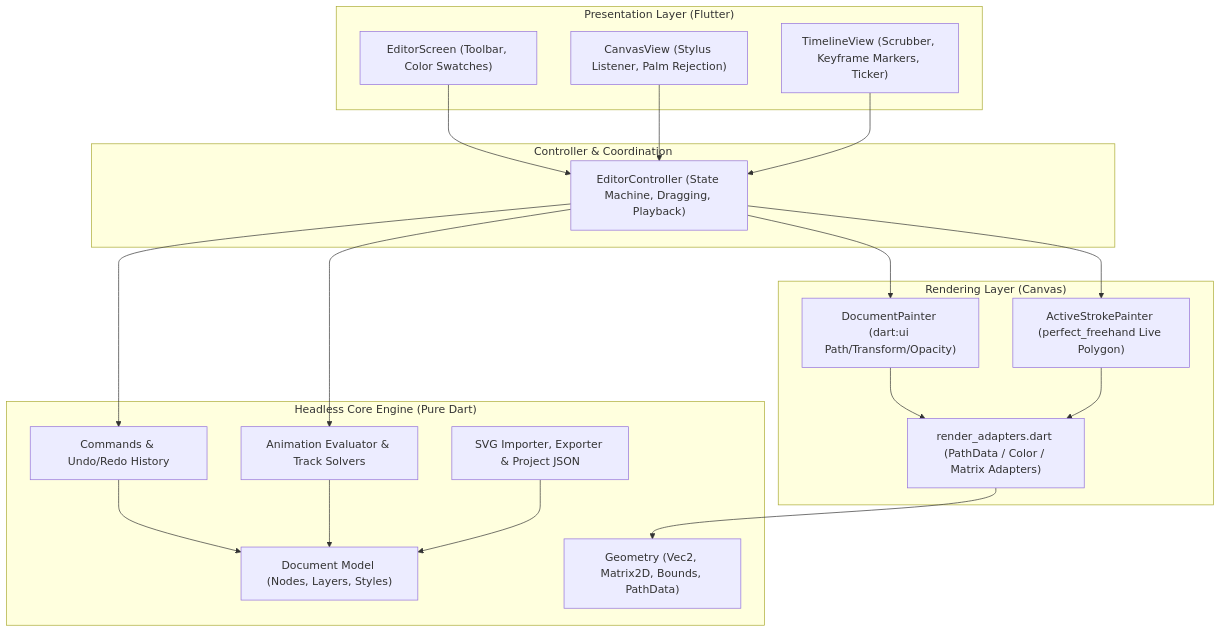
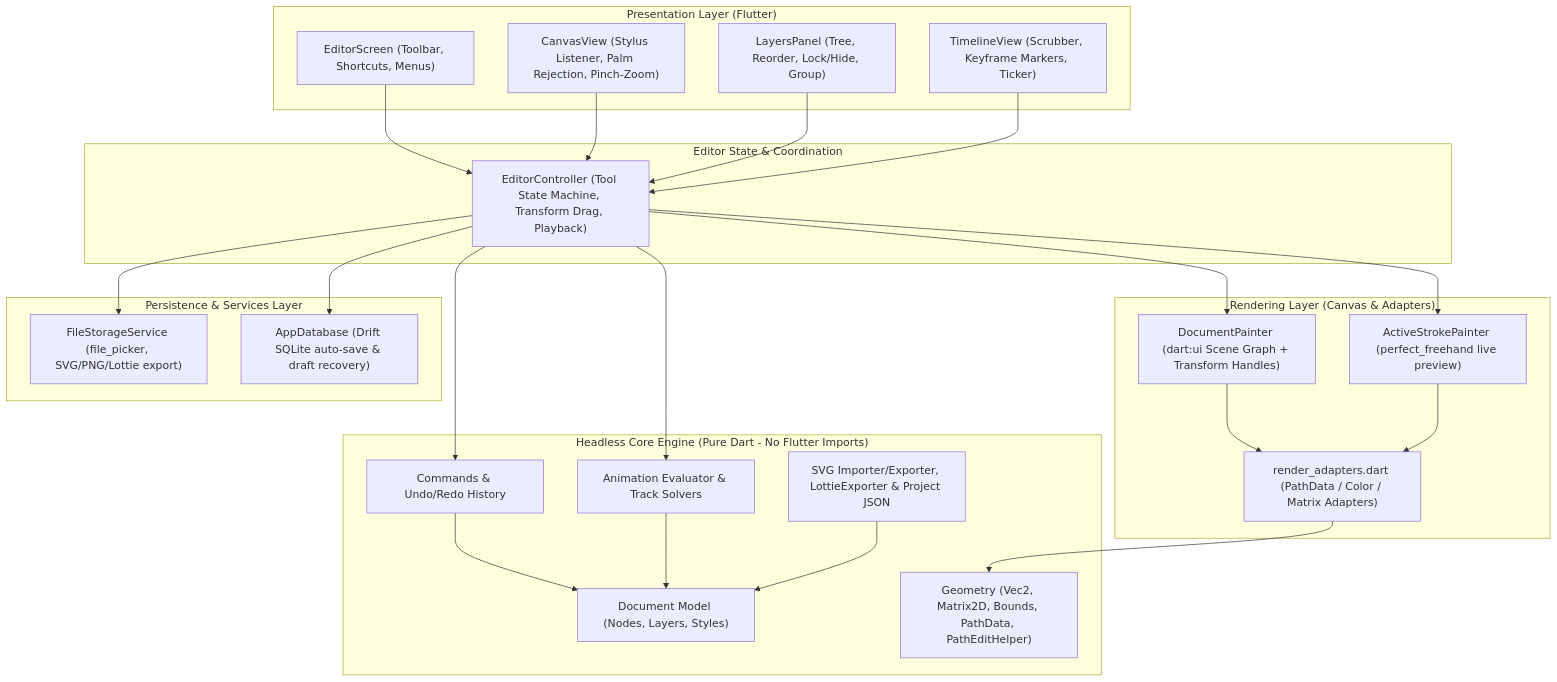
Before and after one commit to Rinav01/svg_builder: the diagram in README.md, drawn with Mermaid. The commit also changed other lines of this file and 19 other files, not shown here.

Commit message:
feat: add local-first sqlite auto-save, bezier node editing, and lottie export

````diff
--- a/README.md
+++ b/README.md
@@ -37,43 +55,52 @@
 ```mermaid
 flowchart TD
     subgraph UI ["Presentation Layer (Flutter)"]
-        SCREEN["EditorScreen (Toolbar, Color Swatches)"]
-        CANVAS["CanvasView (Stylus Listener, Palm Rejection)"]
+        SCREEN["EditorScreen (Toolbar, Shortcuts, Menus)"]
+        CANVAS["CanvasView (Stylus Listener, Palm Rejection, Pinch-Zoom)"]
+        LAYERS["LayersPanel (Tree, Reorder, Lock/Hide, Group)"]
         TIMELINE["TimelineView (Scrubber, Keyframe Markers, Ticker)"]
     end
 
-    subgraph State ["Controller & Coordination"]
-        CTRL["EditorController (State Machine, Dragging, Playback)"]
+    subgraph State ["Editor State & Coordination"]
+        CTRL["EditorController (Tool State Machine, Transform Drag, Playback)"]
     end
 
-    subgraph Render ["Rendering Layer (Canvas)"]
-        DPAINTER["DocumentPainter (dart:ui Path/Transform/Opacity)"]
-        SPAINER["ActiveStrokePainter (perfect_freehand Live Polygon)"]
+    subgraph Render ["Rendering Layer (Canvas & Adapters)"]
+        DPAINTER["DocumentPainter (dart:ui Scene Graph + Transform Handles)"]
+        SPAINER["ActiveStrokePainter (perfect_freehand live preview)"]
         ADAPT["render_adapters.dart (PathData / Color / Matrix Adapters)"]
     end
 
-    subgraph Core ["Headless Core Engine (Pure Dart)"]
+    subgraph Core ["Headless Core Engine (Pure Dart - No Flutter Imports)"]
         DOC["Document Model (Nodes, Layers, Styles)"]
         CMD["Commands & Undo/Redo History"]
         ANIM["Animation Evaluator & Track Solvers"]
-        GEO["Geometry (Vec2, Matrix2D, Bounds, PathData)"]
-        IO["SVG Importer, Exporter & Project JSON"]
+        GEO["Geometry (Vec2, Matrix2D, Bounds, PathData, PathEditHelper)"]
+        IO["SVG Importer/Exporter, LottieExporter & Project JSON"]
+    end
+
+    subgraph Storage ["Persistence & Services Layer"]
+        FILES["FileStorageService (file_picker, SVG/PNG/Lottie export)"]
+        DB["AppDatabase (Drift SQLite auto-save & draft recovery)"]
     end
 
     SCREEN --> CTRL
     CANVAS --> CTRL
+    LAYERS --> CTRL
     TIMELINE --> CTRL
 
     CTRL --> CMD
     CTRL --> ANIM
     CTRL --> DPAINTER
     CTRL --> SPAINER
+    CTRL --> FILES
+    CTRL --> DB
 
     DPAINTER --> ADAPT
     SPAINER --> ADAPT
     ADAPT --> GEO
 
     CMD --> DOC
     ANIM --> DOC
     IO --> DOC
 ```
````
